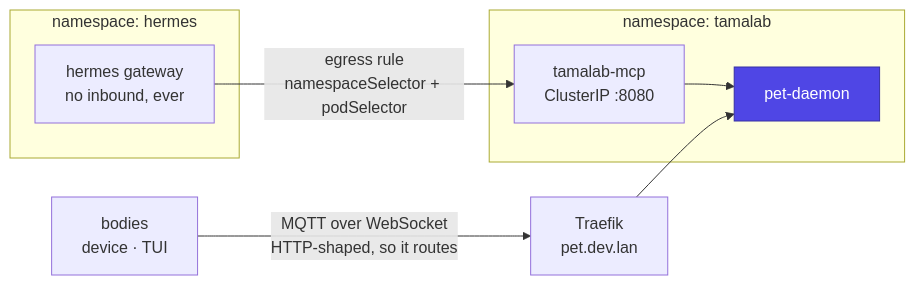
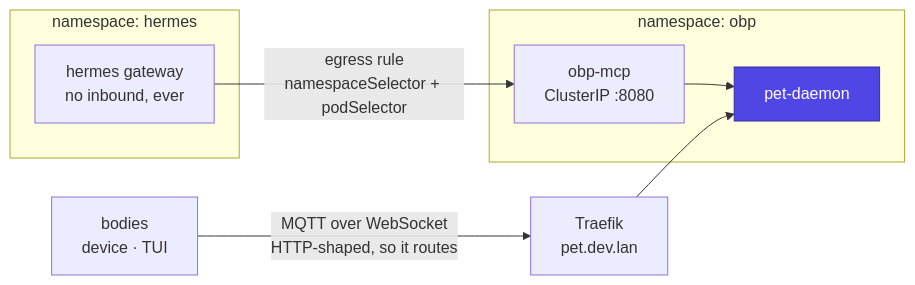
One commit to jcarranz97/open-body-protocol changed the fourth of 4 diagrams in docs/architecture/mcp.md. Above: the diagram before and after it, drawn with Mermaid. The commit also changed other lines of this file and 33 other files, not shown here.

````diff
--- a/docs/architecture/mcp.md
+++ b/docs/architecture/mcp.md
@@ -176,20 +176,20 @@
 ```mermaid
 flowchart LR
     subgraph ns1["namespace: hermes"]
         H["hermes gateway<br/>no inbound, ever"]
     end
-    subgraph ns2["namespace: tamalab"]
-        S["tamalab-mcp<br/>ClusterIP :8080"]
+    subgraph ns2["namespace: obp"]
+        S["obp-mcp<br/>ClusterIP :8080"]
         D["pet-daemon"]
     end
     TR["Traefik<br/>pet.dev.lan"]
     BODY["bodies<br/>device · TUI"]
 
     H -->|"egress rule<br/>namespaceSelector + podSelector"| S
     S --> D
     BODY -->|"MQTT over WebSocket<br/>HTTP-shaped, so it routes"| TR
     TR --> D
 
     classDef core fill:#4f46e5,stroke:#3730a3,color:#fff
     class D core
 ```
````
